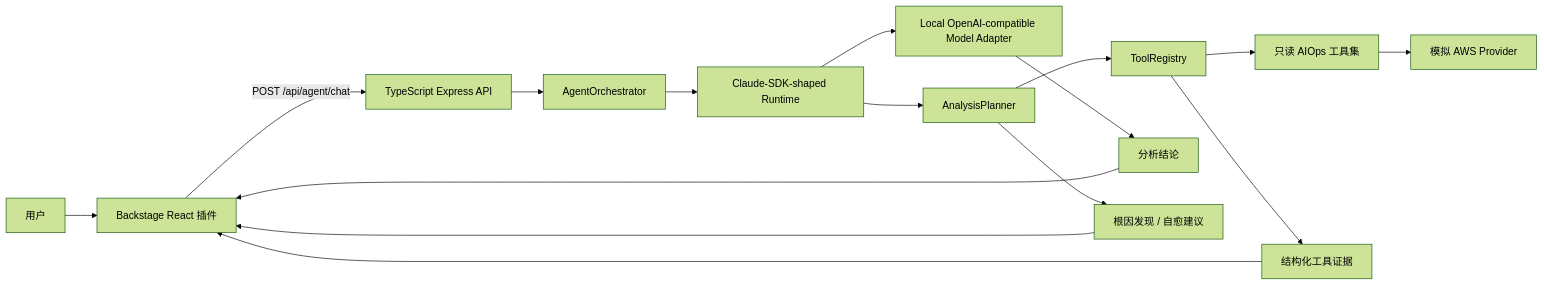
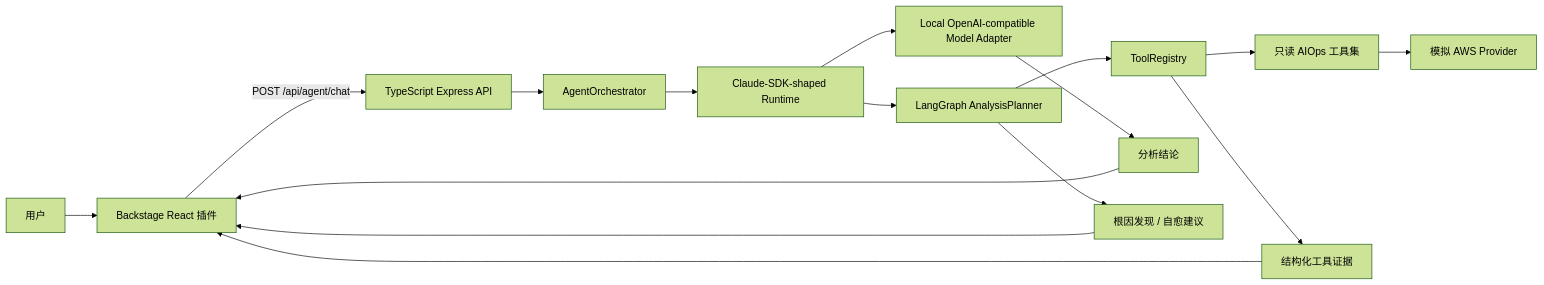
One commit to chunxili/aiops changed the first of 10 diagrams in README.md. Above: the diagram before and after it, drawn with Mermaid (forest theme). The commit also changed other lines of this file and 4 other files, not shown here.

Commit message:
Use LangGraph for AIOps analysis planning

````diff
--- a/README.md
+++ b/README.md
@@ -15,18 +15,18 @@
 ```mermaid
 flowchart LR
   User["用户"] --> UI["Backstage React 插件"]
   UI -->|POST /api/agent/chat| API["TypeScript Express API"]
   API --> Orchestrator["AgentOrchestrator"]
   Orchestrator --> Runtime["Claude-SDK-shaped Runtime"]
-  Runtime --> Planner["AnalysisPlanner"]
+  Runtime --> Planner["LangGraph AnalysisPlanner"]
   Planner --> Registry["ToolRegistry"]
   Registry --> Tools["只读 AIOps 工具集"]
   Tools --> AWS["模拟 AWS Provider"]
   Runtime --> Model["Local OpenAI-compatible Model Adapter"]
   Model --> Answer["分析结论"]
   Planner --> Findings["根因发现 / 自愈建议"]
   Registry --> Evidence["结构化工具证据"]
   Answer --> UI
   Evidence --> UI
   Findings --> UI
 ```
````
